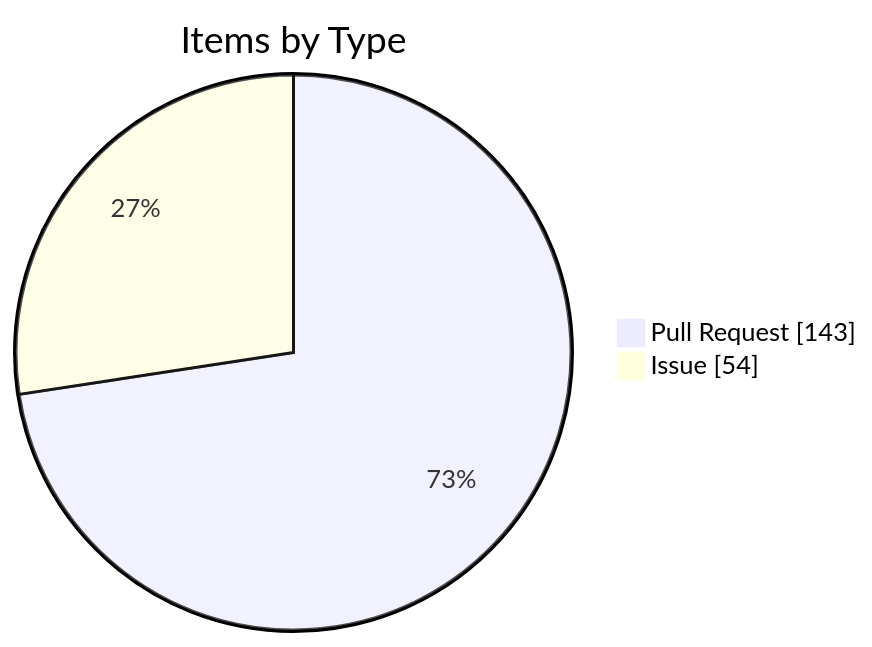
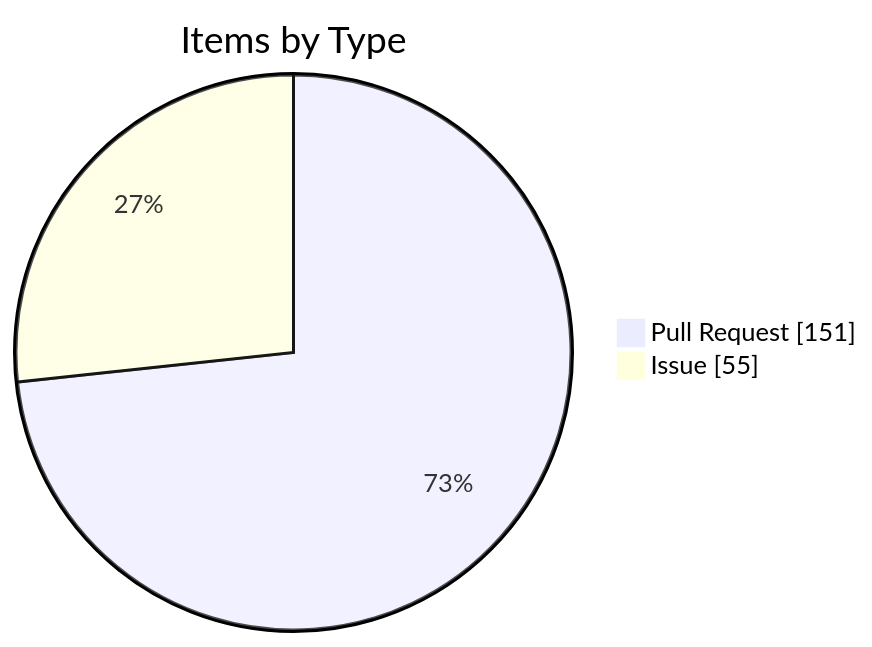
The fourth of 4 diagrams in apps/kbve/astro-kbve/src/content/docs/dashboard/kanban-data.mdx (KBVE/kbve), drawn with Mermaid before and after one commit. The commit also changed other lines of this file and 8 other files, not shown here.

````diff
--- a/apps/kbve/astro-kbve/src/content/docs/dashboard/kanban-data.mdx
+++ b/apps/kbve/astro-kbve/src/content/docs/dashboard/kanban-data.mdx
@@ -116,6 +115,6 @@
 ```mermaid
 pie showData
     title Items by Type
-    "Pull Request" : 143
-    "Issue" : 54
+    "Pull Request" : 151
+    "Issue" : 55
 ```
````
